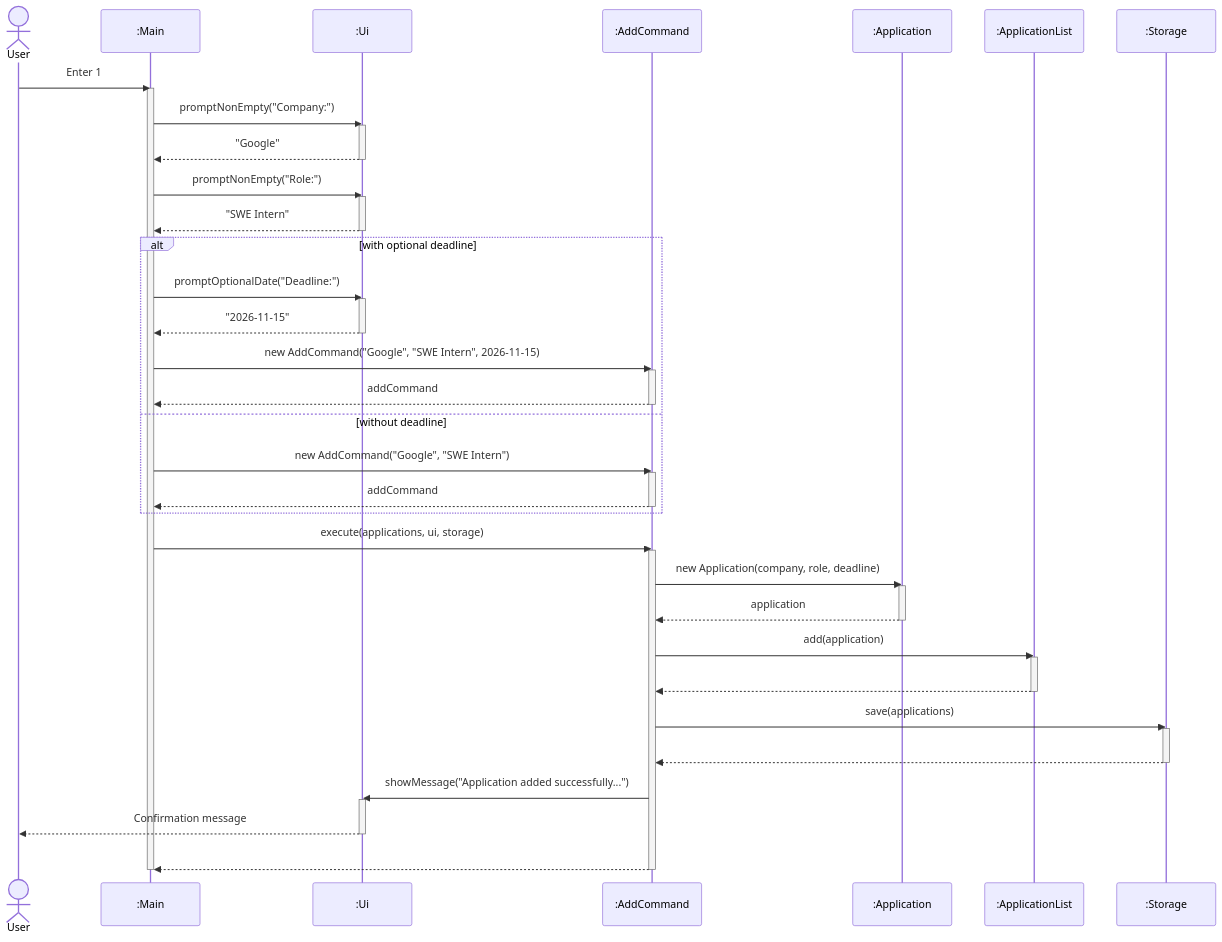
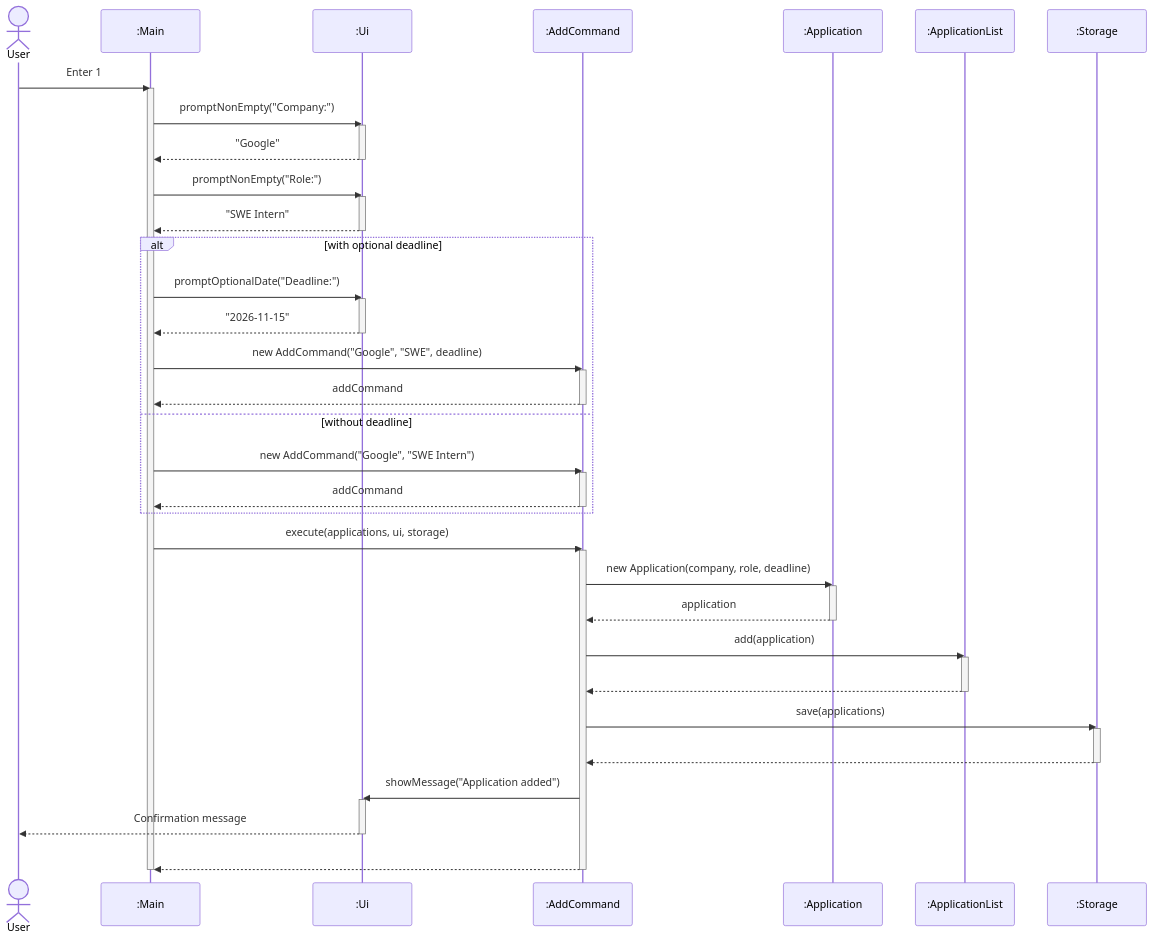
One commit to AY2627S1-CS2113-T10-2/tp changed the seventh of 22 diagrams in docs/DeveloperGuide.md. Above: the diagram before and after it, drawn with Mermaid. The commit also changed other lines of this file, not shown here.

First line of the commit message:
docs: standardize architecture diagram design and add manual testing output examples

````diff
--- a/docs/DeveloperGuide.md
+++ b/docs/DeveloperGuide.md
@@ -344,63 +336,63 @@
 ```mermaid
 ---
 config:
   themeCSS: ".actor-line { stroke-dasharray: 4, 4 !important; } line.loopLine:not([style*='stroke-dasharray']) { stroke-dasharray: none !important; }"
 ---
 sequenceDiagram
     actor user as User
     participant main as :Main
     participant ui as :Ui
     participant cmd as :AddCommand
     participant app as :Application
     participant list as :ApplicationList
     participant storage as :Storage
 
     user->>main: Enter 1
     activate main
     main->>ui: promptNonEmpty("Company:")
     activate ui
     ui-->>main: "Google"
     deactivate ui
     main->>ui: promptNonEmpty("Role:")
     activate ui
     ui-->>main: "SWE Intern"
     deactivate ui
 
     alt with optional deadline
         main->>ui: promptOptionalDate("Deadline:")
         activate ui
         ui-->>main: "2026-11-15"
         deactivate ui
-        main->>cmd: new AddCommand("Google", "SWE Intern", 2026-11-15)
+        main->>cmd: new AddCommand("Google", "SWE", deadline)
         activate cmd
         cmd-->>main: addCommand
         deactivate cmd
     else without deadline
         main->>cmd: new AddCommand("Google", "SWE Intern")
         activate cmd
         cmd-->>main: addCommand
         deactivate cmd
     end
 
     main->>cmd: execute(applications, ui, storage)
     activate cmd
     cmd->>app: new Application(company, role, deadline)
     activate app
     app-->>cmd: application
     deactivate app
     cmd->>list: add(application)
     activate list
     list-->>cmd: ​
     deactivate list
     cmd->>storage: save(applications)
     activate storage
     storage-->>cmd: ​
     deactivate storage
-    cmd->>ui: showMessage("Application added successfully...")
+    cmd->>ui: showMessage("Application added")
     activate ui
     ui-->>user: Confirmation message
     deactivate ui
     cmd-->>main: ​
     deactivate cmd
     deactivate main
 ```
````
